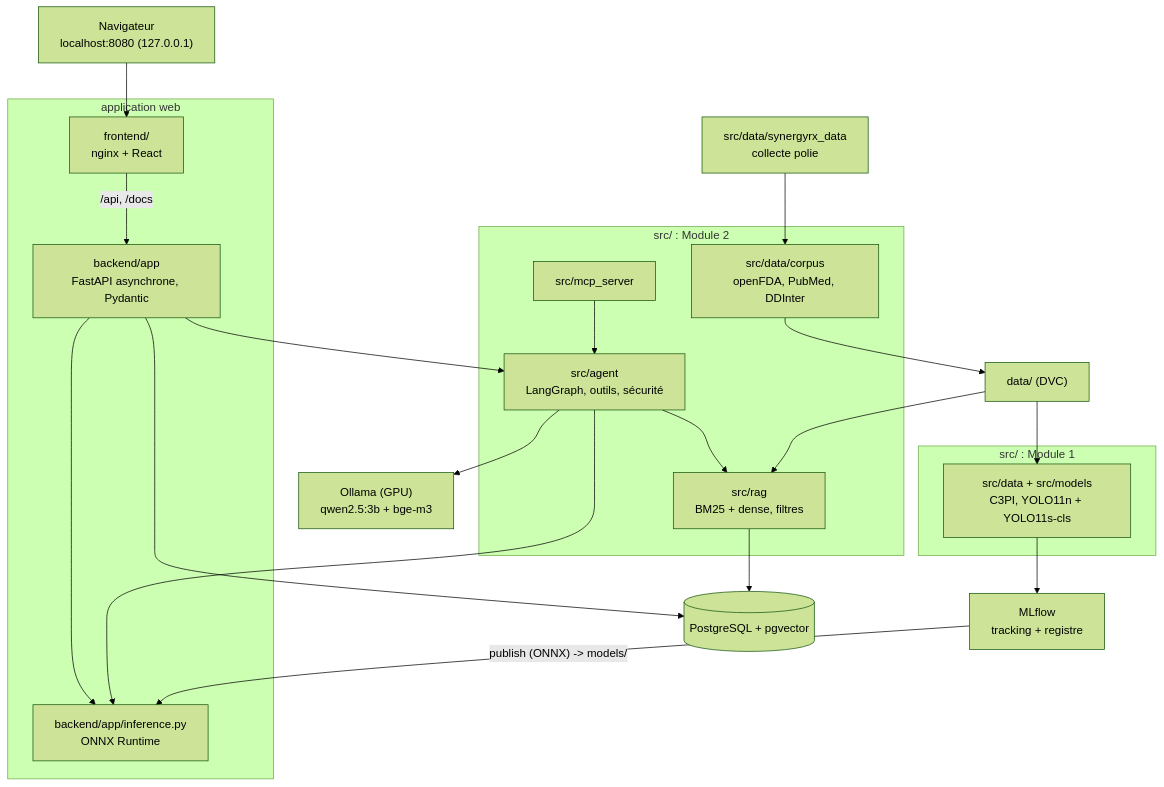
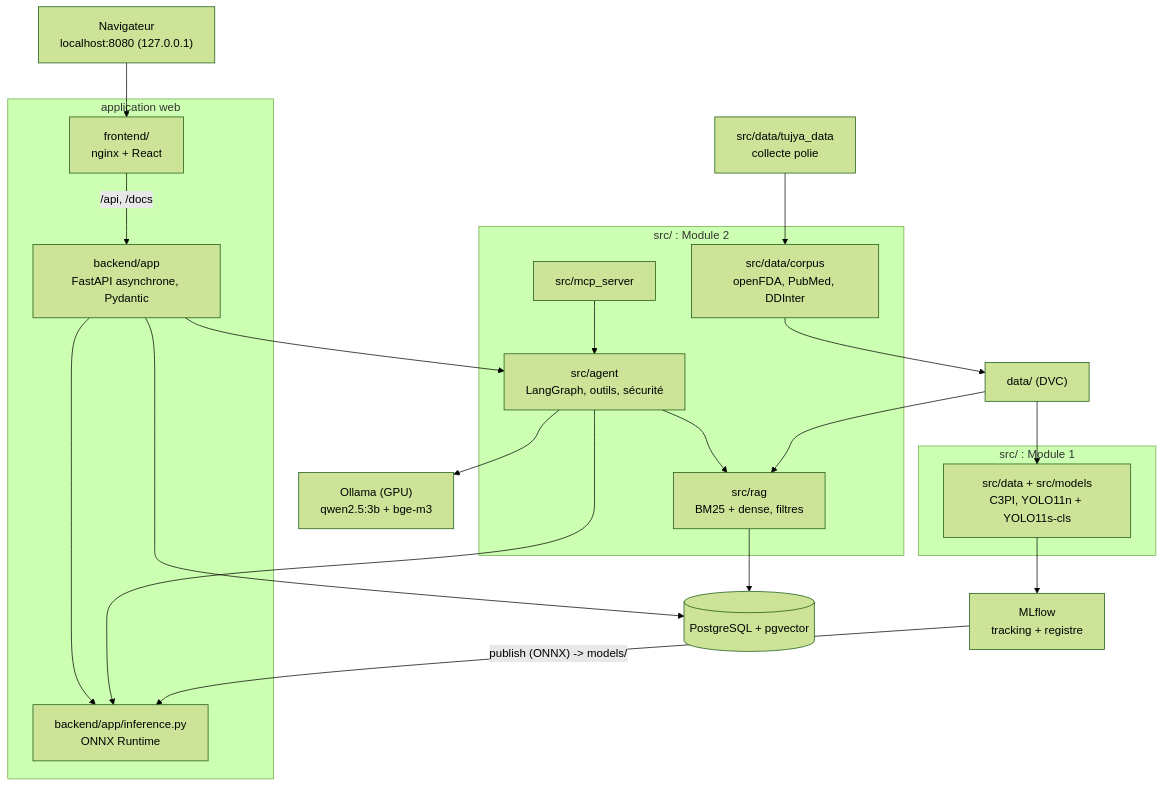
The diagram in docs/architecture.md (melekbouabid/syRX), drawn with Mermaid (forest theme) before and after one commit. The commit also changed other lines of this file and 91 other files, not shown here.

````diff
--- a/docs/architecture.md
+++ b/docs/architecture.md
@@ -11,31 +11,31 @@
 ```mermaid
 flowchart TB
   NAV["Navigateur<br/>localhost:8080 (127.0.0.1)"] --> FE
   subgraph APP["application web"]
     FE["frontend/<br/>nginx + React"] -- "/api, /docs" --> BE["backend/app<br/>FastAPI asynchrone, Pydantic"]
     SCAN["backend/app/inference.py<br/>ONNX Runtime"]
   end
   subgraph M1["src/ : Module 1"]
     TR["src/data + src/models<br/>C3PI, YOLO11n + YOLO11s-cls"]
   end
   subgraph M2["src/ : Module 2"]
     CORP["src/data/corpus<br/>openFDA, PubMed, DDInter"]
     RAG["src/rag<br/>BM25 + dense, filtres"]
     AG["src/agent<br/>LangGraph, outils, sécurité"]
     MCP["src/mcp_server"]
   end
   BE --> SCAN
   BE --> AG
   MCP --> AG
   AG --> SCAN
   AG --> RAG
   RAG --> PG[("PostgreSQL + pgvector")]
   BE --> PG
   AG --> OL["Ollama (GPU)<br/>qwen2.5:3b + bge-m3"]
   DATA["data/ (DVC)"] --> TR
-  PIPE["src/data/synergyrx_data<br/>collecte polie"] --> CORP
+  PIPE["src/data/tujya_data<br/>collecte polie"] --> CORP
   CORP --> DATA
   DATA --> RAG
   TR --> MLF["MLflow<br/>tracking + registre"]
   MLF -- "publish (ONNX) -> models/" --> SCAN
 ```
````
